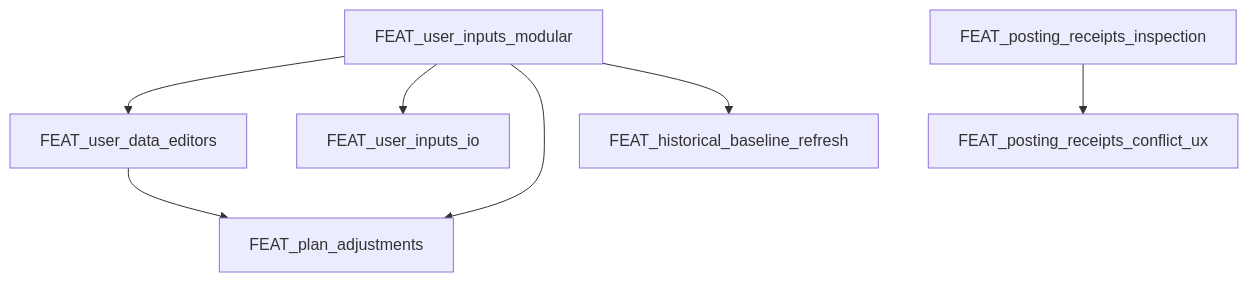
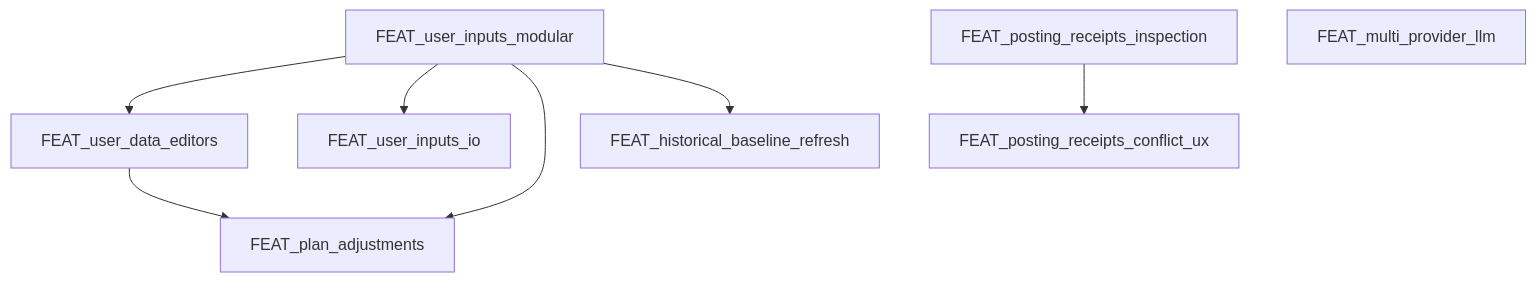
One commit to albauer-priv/RPS changed the diagram in doc/overview/feature_backlog.md. Above: the diagram before and after it, drawn with Mermaid. The commit also changed other lines of this file and 3 other files, not shown here.

Commit message:
docs: add multi-provider runtime feature spec and ADR

````diff
--- a/doc/overview/feature_backlog.md
+++ b/doc/overview/feature_backlog.md
@@ -44,9 +46,10 @@
 ```mermaid
 flowchart TD
   A["FEAT_user_inputs_modular"] --> B["FEAT_user_data_editors"]
   A --> C["FEAT_user_inputs_io"]
   A --> E["FEAT_plan_adjustments"]
   B --> E
   A --> I["FEAT_historical_baseline_refresh"]
   G["FEAT_posting_receipts_inspection"] --> H["FEAT_posting_receipts_conflict_ux"]
+  M["FEAT_multi_provider_llm"]
 ```
````
